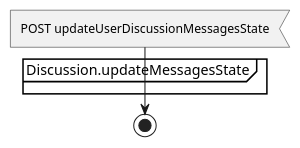
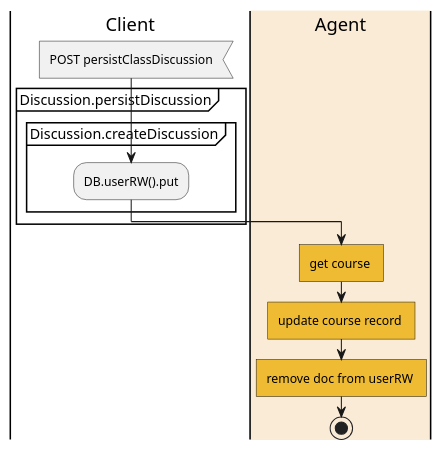
One commit to MaxXx1313/testwiki changed the diagram in controller/discussion/Discussion_POST_persistClassDiscussion.wsd. Above: the diagram before and after it, drawn with PlantUML. The commit also changed 2 other files, not shown here.

Commit message:
+persistClassDiscussion

```diff
--- a/controller/discussion/Discussion_POST_persistClassDiscussion.wsd
+++ b/controller/discussion/Discussion_POST_persistClassDiscussion.wsd
@@ -1,12 +1,20 @@
 @startuml
 
+|Client|
 
-:POST updateUserDiscussionMessagesState<
+:POST persistClassDiscussion<
 
-partition Discussion.updateMessagesState {
+partition Discussion.persistDiscussion {
 
+  partition Discussion.createDiscussion {
+      :DB.userRW().put;
+  }
+}
 
-}
+|#AntiqueWhite|Agent|
+ #eebb33:get course ]
+ #eebb33:update course record ]
+ #eebb33:remove doc from userRW ]
 stop
 
 @enduml
```
